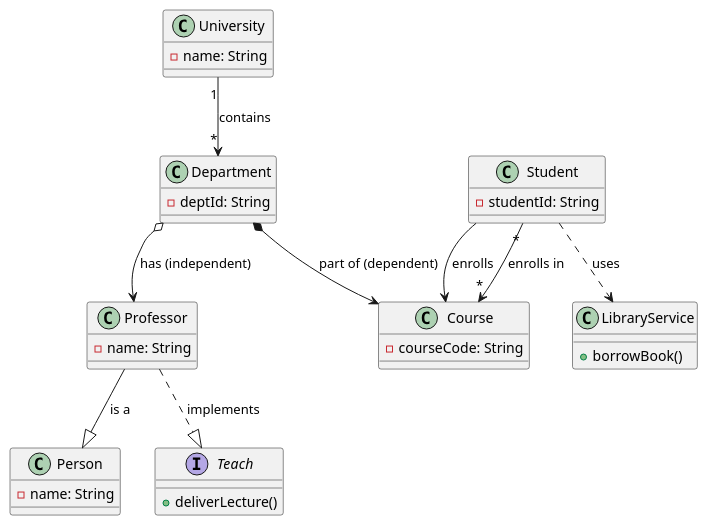
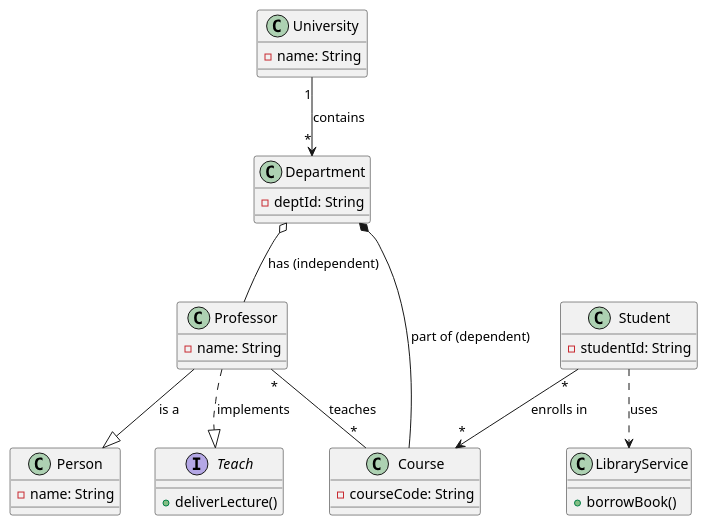
The ninth of 9 diagrams in relationships/UML_Relationships_Tutorial.md (andikatjacobdennis/UML), drawn with PlantUML before and after one commit. The commit also changed other lines of this file, not shown here.

````diff
--- a/relationships/UML_Relationships_Tutorial.md
+++ b/relationships/UML_Relationships_Tutorial.md
@@ -172,43 +234,42 @@
 ```plantuml
 @startuml
 class University {
   -name: String
 }
 class Department {
   -deptId: String
 }
 University "1" --> "*" Department : contains
 
 class Professor {
   -name: String
 }
 class Student {
   -studentId: String
 }
 class Course {
   -courseCode: String
 }
-Student --> Course : enrolls
-
 Student "*" --> "*" Course : enrolls in
-
+' Professors teach Courses (Association)
+Professor "*" -- "*" Course : teaches
 class Person {
   -name: String
 }
 Professor --|> Person : is a
 
 interface Teach {
   +deliverLecture()
 }
 Professor ..|> Teach : implements
 
 class LibraryService {
   +borrowBook()
 }
 Student ..> LibraryService : uses
 
-Department o--> Professor : has (independent)
+Department o-- Professor : has (independent)
 
-Department *--> Course : part of (dependent)
+Department *-- Course : part of (dependent)
 @enduml
 ```
````
